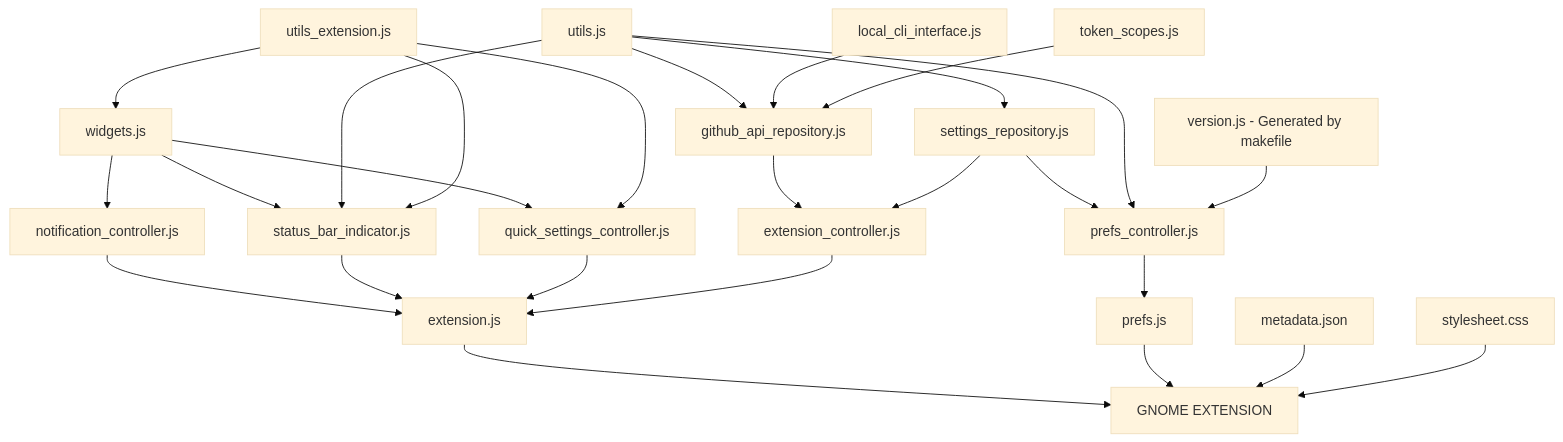
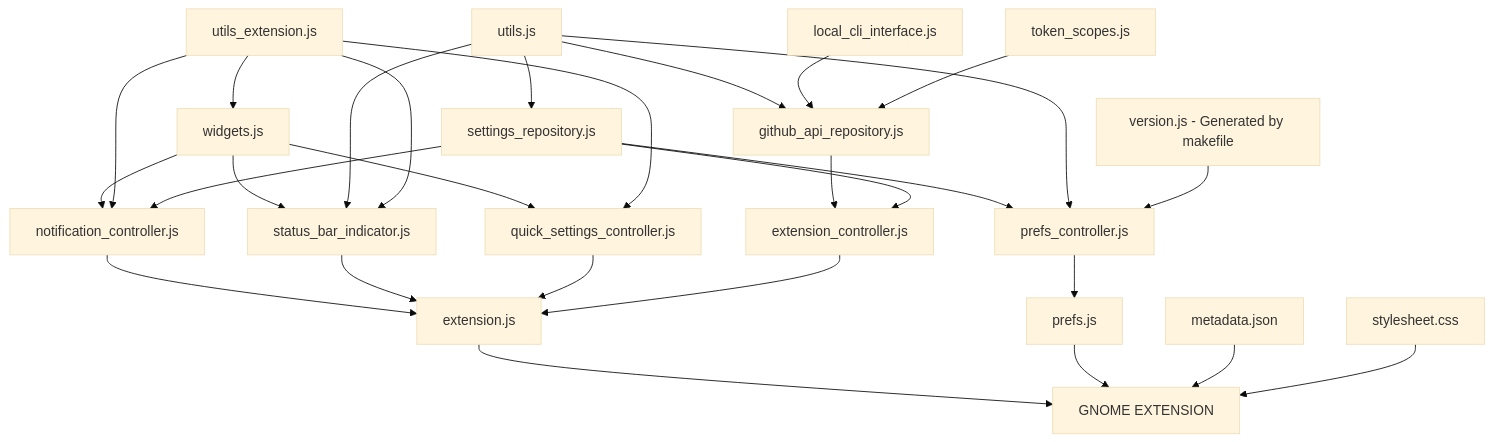
Before and after one commit to arononak/github-actions-gnome-extension: the diagram in README.md, drawn with Mermaid (base theme). The commit also changed other lines of this file and 7 other files, not shown here.

````diff
--- a/README.md
+++ b/README.md
@@ -34,30 +34,32 @@
 ```mermaid
 graph TD;
     utils.js-->github_api_repository.js;
     local_cli_interface.js-->github_api_repository.js;
     token_scopes.js-->github_api_repository.js;
     github_api_repository.js-->extension_controller.js;
     widgets.js-->status_bar_indicator.js;
     widgets.js-->notification_controller.js;
     notification_controller.js-->extension.js;
     status_bar_indicator.js-->extension.js;
     settings_repository.js-->extension_controller.js;
     quick_settings_controller.js-->extension.js;
     widgets.js-->quick_settings_controller.js;
     extension_controller.js-->extension.js;
     utils.js-->status_bar_indicator.js;
     utils.js-->settings_repository.js;
     settings_repository.js-->prefs_controller.js;
     utils.js-->prefs_controller.js;
     prefs_controller.js-->prefs.js
-    version.js[version.js - Generated by makefile]-->prefs_controller.js;
-
     utils_extension.js-->widgets.js
     utils_extension.js-->quick_settings_controller.js
     utils_extension.js-->status_bar_indicator.js
+    utils_extension.js-->notification_controller.js
+    settings_repository.js-->notification_controller.js
+
+    version.js[version.js - Generated by makefile]-->prefs_controller.js;
 
     extension.js-->EXTENSION[GNOME EXTENSION]
     prefs.js-->EXTENSION[GNOME EXTENSION]
     metadata.json-->EXTENSION[GNOME EXTENSION]
     stylesheet.css-->EXTENSION[GNOME EXTENSION]
 ```
````
